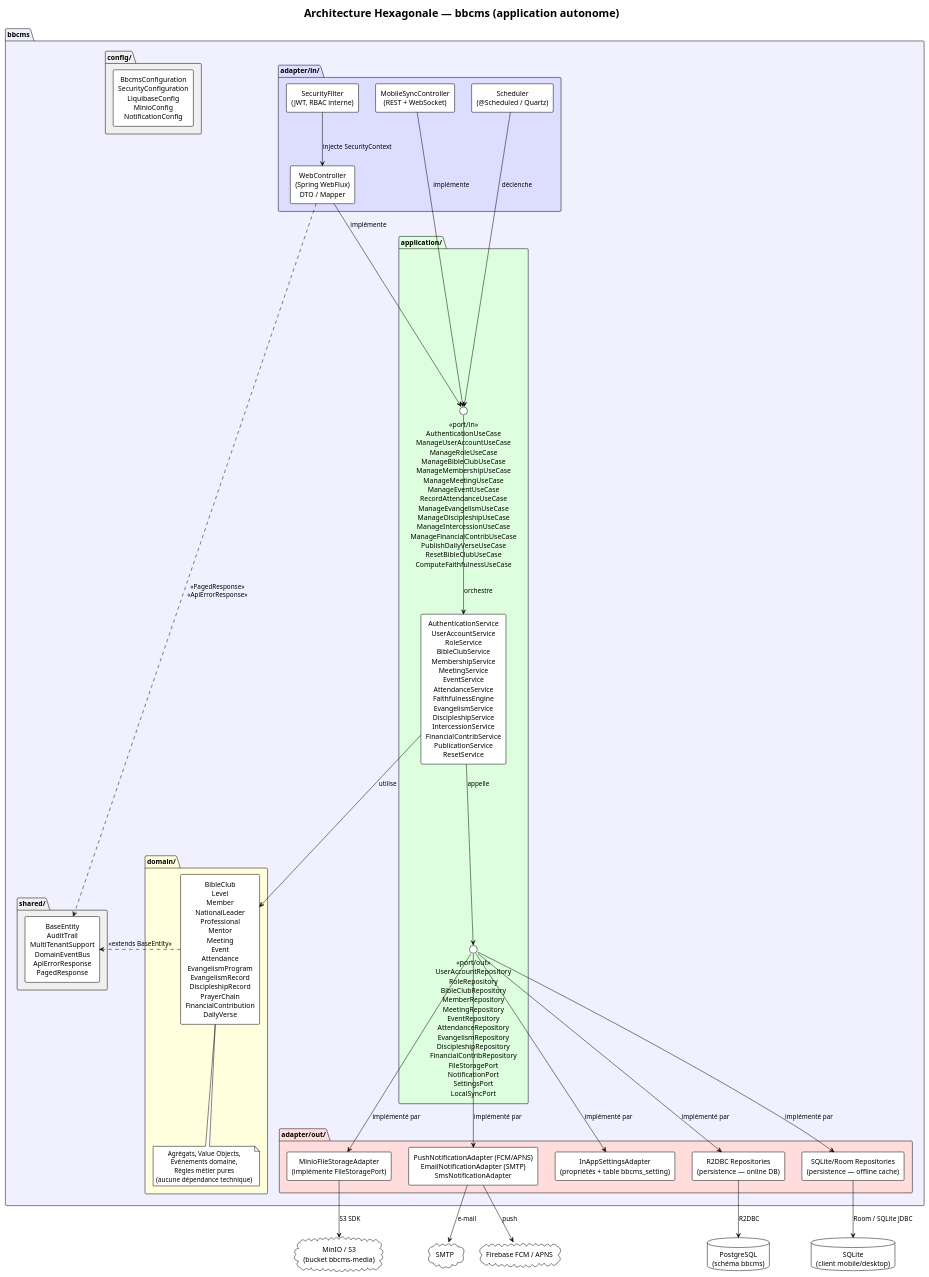
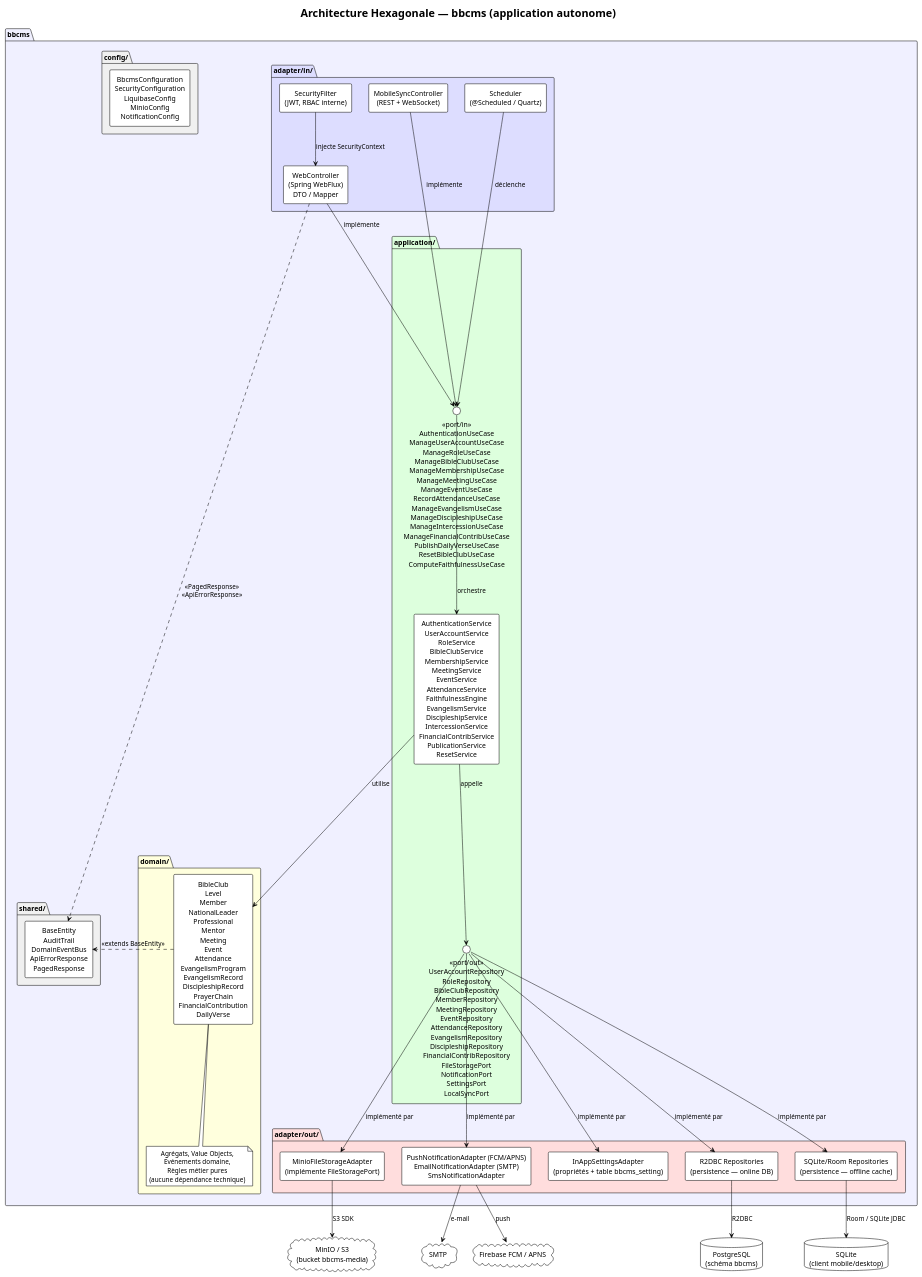
One commit to TF-Jordan/CairTech changed the diagram in bbcms/diagrams/arch-hexagonal.puml. Above: the diagram before and after it, drawn with PlantUML. The commit also changed 16 other files, not shown here.

First line of the commit message:
Remove multi-tenant concept: bbcms is mono-organisation

```diff
--- a/bbcms/diagrams/arch-hexagonal.puml
+++ b/bbcms/diagrams/arch-hexagonal.puml
@@ -1,82 +1,82 @@
 @startuml arch-hexagonal
 !theme plain
 skinparam componentStyle rectangle
 skinparam defaultTextAlignment center
 
 title Architecture Hexagonale — bbcms (application autonome)
 
 package "bbcms" #F0F0FF {
 
     package "domain/" #FFFFDD {
         component [BibleClub\nLevel\nMember\nNationalLeader\nProfessional\nMentor\nMeeting\nEvent\nAttendance\nEvangelismProgram\nEvangelismRecord\nDiscipleshipRecord\nPrayerChain\nFinancialContribution\nDailyVerse] as domain
         note bottom of domain
             Agrégats, Value Objects,
             Événements domaine,
             Règles métier pures
             (aucune dépendance technique)
         end note
     }
 
     package "application/" #DDFFDD {
         interface "<<port/in>>\nAuthenticationUseCase\nManageUserAccountUseCase\nManageRoleUseCase\nManageBibleClubUseCase\nManageMembershipUseCase\nManageMeetingUseCase\nManageEventUseCase\nRecordAttendanceUseCase\nManageEvangelismUseCase\nManageDiscipleshipUseCase\nManageIntercessionUseCase\nManageFinancialContribUseCase\nPublishDailyVerseUseCase\nResetBibleClubUseCase\nComputeFaithfulnessUseCase" as portIn
 
         component [AuthenticationService\nUserAccountService\nRoleService\nBibleClubService\nMembershipService\nMeetingService\nEventService\nAttendanceService\nFaithfulnessEngine\nEvangelismService\nDiscipleshipService\nIntercessionService\nFinancialContribService\nPublicationService\nResetService] as services
 
         interface "<<port/out>>\nUserAccountRepository\nRoleRepository\nBibleClubRepository\nMemberRepository\nMeetingRepository\nEventRepository\nAttendanceRepository\nEvangelismRepository\nDiscipleshipRepository\nFinancialContribRepository\nFileStoragePort\nNotificationPort\nSettingsPort\nLocalSyncPort" as portOut
     }
 
     package "adapter/in/" #DDDDFF {
         component [WebController\n(Spring WebFlux)\nDTO / Mapper] as adapterInWeb
         component [SecurityFilter\n(JWT, RBAC interne)] as secFilter
         component [MobileSyncController\n(REST + WebSocket)] as adapterInMobile
         component [Scheduler\n(@Scheduled / Quartz)] as adapterInSched
     }
 
     package "adapter/out/" #FFDDDD {
         component [R2DBC Repositories\n(persistence — online DB)] as adapterOutPersist
         component [SQLite/Room Repositories\n(persistence — offline cache)] as adapterOutLocal
         component [MinioFileStorageAdapter\n(implémente FileStoragePort)] as adapterOutFile
         component [PushNotificationAdapter (FCM/APNS)\nEmailNotificationAdapter (SMTP)\nSmsNotificationAdapter] as adapterOutNotif
         component [InAppSettingsAdapter\n(propriétés + table bbcms_setting)] as adapterOutSettings
     }
 
     package "shared/" #F0F0F0 {
-        component [BaseEntity\nAuditTrail\nMultiTenantSupport\nDomainEventBus\nApiErrorResponse\nPagedResponse] as shared
+        component [BaseEntity\nAuditTrail\nDomainEventBus\nApiErrorResponse\nPagedResponse] as shared
     }
 
     package "config/" #F0F0F0 {
         component [BbcmsConfiguration\nSecurityConfiguration\nLiquibaseConfig\nMinioConfig\nNotificationConfig] as config
     }
 }
 
 ' Flux internes
 secFilter -down-> adapterInWeb : injecte SecurityContext
 adapterInWeb -down-> portIn : implémente
 adapterInMobile -down-> portIn : implémente
 adapterInSched -down-> portIn : déclenche
 portIn -down-> services : orchestre
 services -down-> domain : utilise
 services -down-> portOut : appelle
 portOut -down-> adapterOutPersist : implémenté par
 portOut -down-> adapterOutLocal : implémenté par
 portOut -down-> adapterOutFile : implémenté par
 portOut -down-> adapterOutNotif : implémenté par
 portOut -down-> adapterOutSettings : implémenté par
 
 domain .right.> shared : <<extends BaseEntity>>
 adapterInWeb .right.> shared : <<PagedResponse>>\n<<ApiErrorResponse>>
 
 ' Infrastructures externes (technologies)
 database "PostgreSQL\n(schéma bbcms)" as pg
 database "SQLite\n(client mobile/desktop)" as sqlite
 cloud "MinIO / S3\n(bucket bbcms-media)" as minio
 cloud "Firebase FCM / APNS" as fcm
 cloud "SMTP" as smtp
 
 adapterOutPersist -down-> pg : R2DBC
 adapterOutLocal -down-> sqlite : Room / SQLite JDBC
 adapterOutFile -down-> minio : S3 SDK
 adapterOutNotif -down-> fcm : push
 adapterOutNotif -down-> smtp : e-mail
 
 @enduml
```
